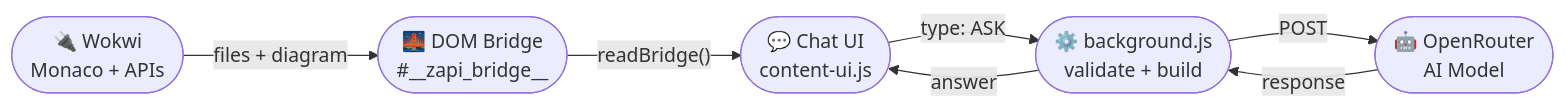
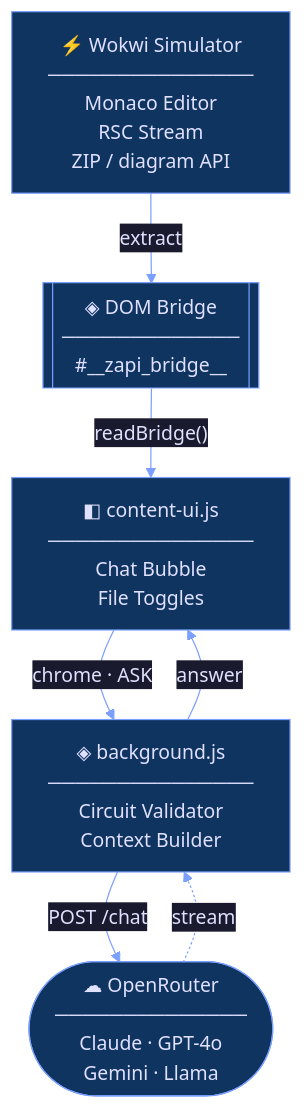
Before and after one commit to amitnahum18/ZAPI: the diagram in README.md, drawn with Mermaid.

Commit message:
Redesign README diagram — dark high-tech theme with custom colors

````diff
--- a/README.md
+++ b/README.md
@@ -23,15 +23,50 @@
 ```mermaid
-flowchart LR
-    W(["🔌 Wokwi\nMonaco + APIs"])
-    B(["🌉 DOM Bridge\n#__zapi_bridge__"])
-    U(["💬 Chat UI\ncontent-ui.js"])
-    BG(["⚙️ background.js\nvalidate + build"])
-    OR(["🤖 OpenRouter\nAI Model"])
+%%{init: {'theme': 'base', 'themeVariables': {
+  'primaryColor': '#0f3460',
+  'primaryTextColor': '#e0e0ff',
+  'primaryBorderColor': '#7b9fff',
+  'lineColor': '#7b9fff',
+  'secondaryColor': '#16213e',
+  'tertiaryColor': '#1a1a2e',
+  'background': '#1a1a2e',
+  'mainBkg': '#0f3460',
+  'nodeBorder': '#7b9fff',
+  'clusterBkg': '#16213e',
+  'titleColor': '#7b9fff',
+  'edgeLabelBackground': '#1a1a2e',
+  'fontFamily': 'monospace'
+}}}%%
 
-    W -->|"files + diagram"| B
-    B -->|"readBridge()"| U
-    U -->|"type: ASK"| BG
-    BG -->|"answer"| U
-    BG -->|"POST"| OR
-    OR -->|"response"| BG
+flowchart TD
+    W["⚡ Wokwi Simulator
+    ───────────────
+    Monaco Editor
+    RSC Stream
+    ZIP / diagram API"]
+
+    B[["◈  DOM Bridge
+    ─────────────
+    #__zapi_bridge__"]]
+
+    U["◧  content-ui.js
+    ───────────────
+    Chat Bubble
+    File Toggles"]
+
+    BG["◈  background.js
+    ───────────────
+    Circuit Validator
+    Context Builder"]
+
+    OR(["☁  OpenRouter
+    ──────────────
+    Claude · GPT-4o
+    Gemini · Llama"])
+
+    W  -->|" extract "| B
+    B  -->|" readBridge() "| U
+    U  -->|" chrome · ASK "| BG
+    BG -->|" answer "| U
+    BG -->|" POST /chat "| OR
+    OR -.->|" stream "| BG
 ```
````
